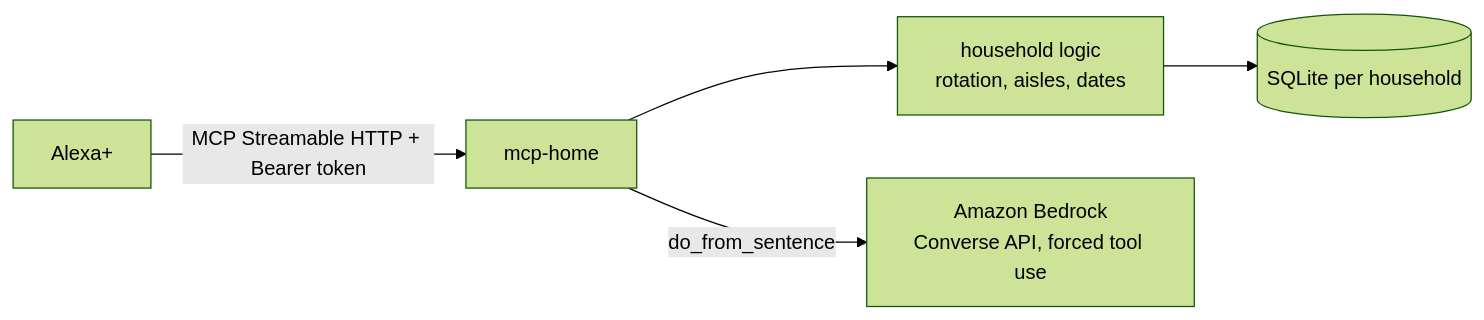
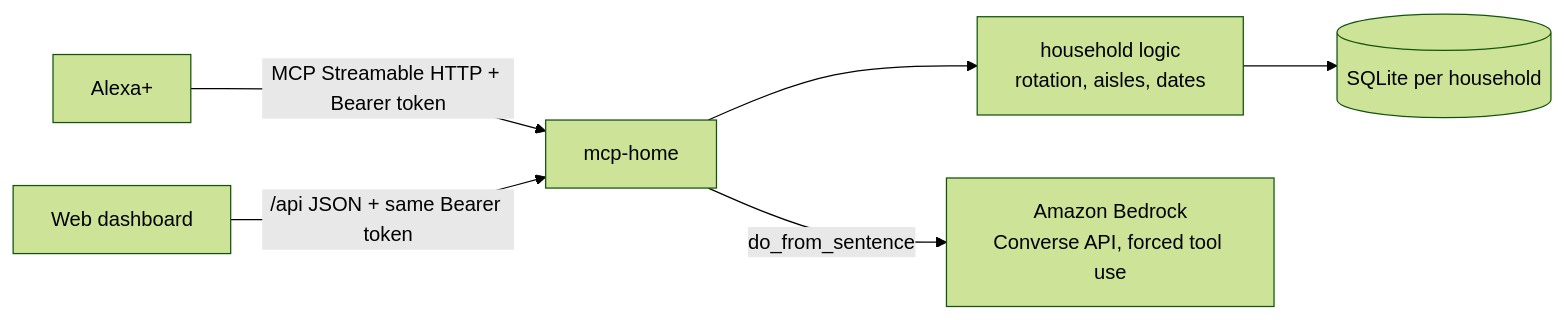
One commit to carlogiovannifalocco-byte/mcp-home changed the diagram in README.md. Above: the diagram before and after it, drawn with Mermaid (forest theme). The commit also changed other lines of this file and 11 other files, not shown here.

First line of the commit message:
Add web dashboard, JSON API, recurring bills and household members

````diff
--- a/README.md
+++ b/README.md
@@ -32,7 +63,8 @@
 ```mermaid
 flowchart LR
   A[Alexa+] -- MCP Streamable HTTP + Bearer token --> S[mcp-home]
+  W[Web dashboard] -- /api JSON + same Bearer token --> S
   S --> L[household logic<br/>rotation, aisles, dates]
   L --> D[(SQLite per household)]
   S -- do_from_sentence --> B[Amazon Bedrock<br/>Converse API, forced tool use]
 ```
````
